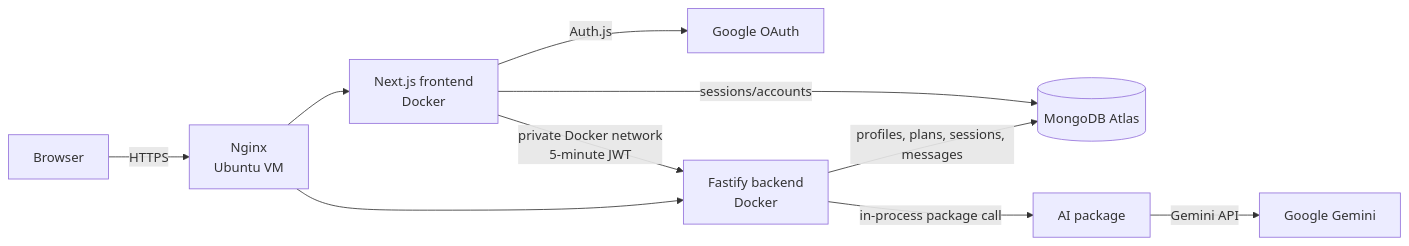
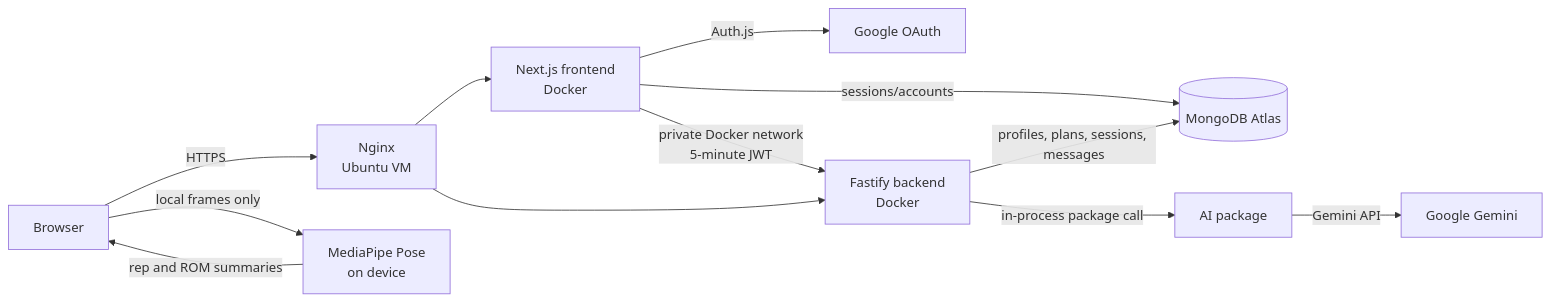
Before and after one commit to bharatgl/fitai-coach-web: the diagram in docs/architecture.md, drawn with Mermaid. The commit also changed other lines of this file and 13 other files, not shown here.

````diff
--- a/docs/architecture.md
+++ b/docs/architecture.md
@@ -5,12 +5,14 @@
 ```mermaid
 flowchart LR
   U[Browser] -->|HTTPS| N[Nginx<br/>Ubuntu VM]
+  U -->|local frames only| P[MediaPipe Pose<br/>on device]
+  P -->|rep and ROM summaries| U
   N --> F[Next.js frontend<br/>Docker]
   N --> B[Fastify backend<br/>Docker]
   F -->|Auth.js| G[Google OAuth]
   F -->|sessions/accounts| M[(MongoDB Atlas)]
   F -->|private Docker network<br/>5-minute JWT| B
   B -->|profiles, plans, sessions, messages| M
   B -->|in-process package call| A[AI package]
   A -->|Gemini API| O[Google Gemini]
 ```
````
